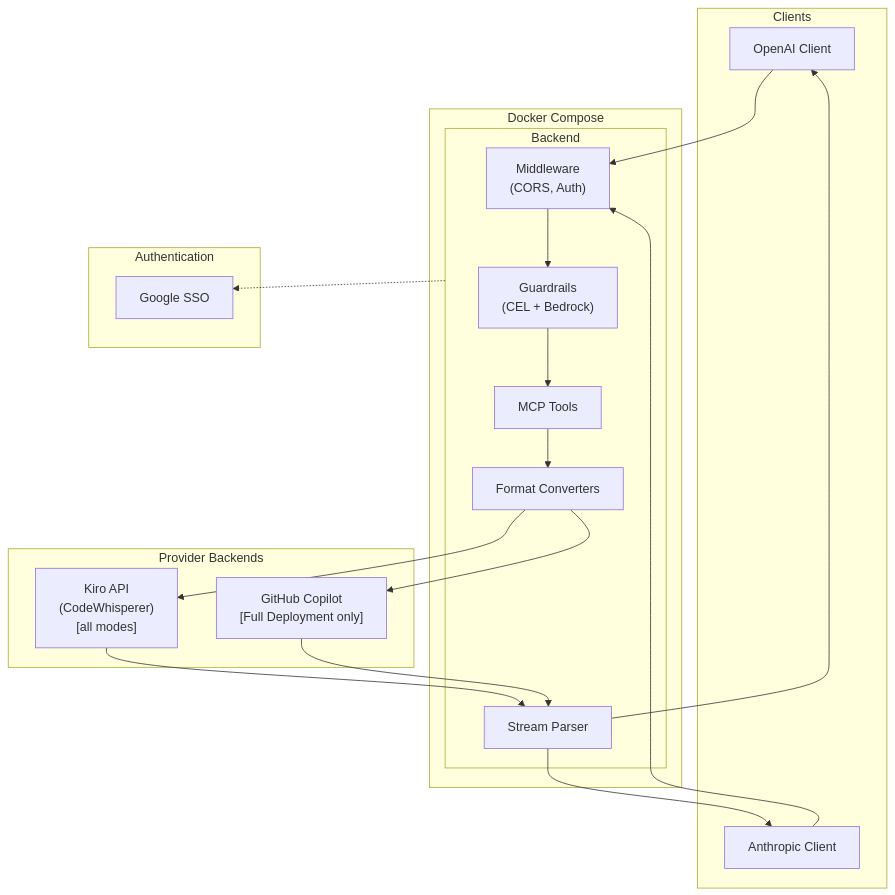
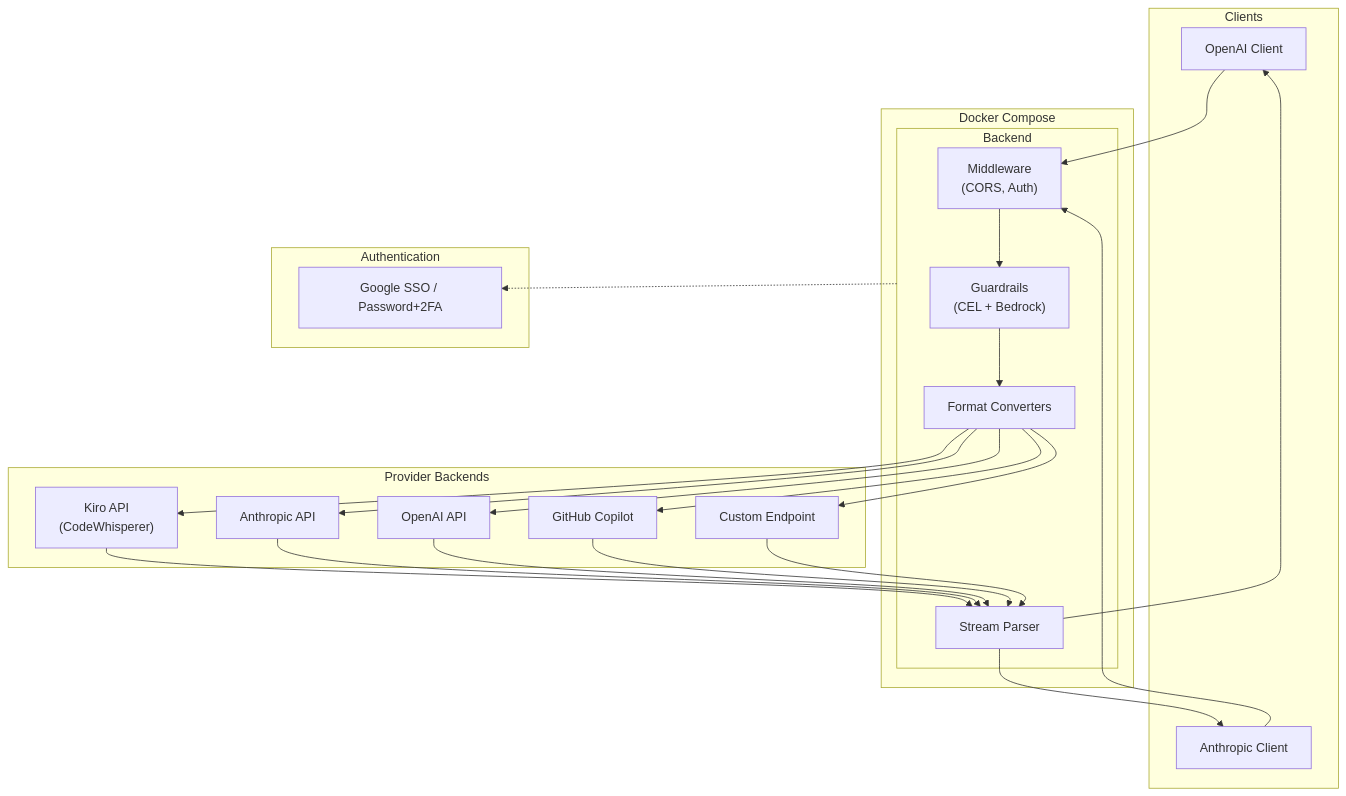
The diagram in gh-pages/index.md (if414013/harbangan), drawn with Mermaid before and after one commit. The commit also changed other lines of this file and 12 other files, not shown here.

First line of the commit message:
docs: full documentation refresh across all targets (#187)

````diff
--- a/gh-pages/index.md
+++ b/gh-pages/index.md
@@ -45,39 +45,46 @@
 ```mermaid
 flowchart TD
     subgraph Clients
         OAI["OpenAI Client"]
         ANT["Anthropic Client"]
     end
 
     subgraph Docker["Docker Compose"]
         subgraph GW["Backend"]
             MW["Middleware\n(CORS, Auth)"]
             GUARD["Guardrails\n(CEL + Bedrock)"]
-            MCP_INJ["MCP Tools"]
             CONV["Format Converters"]
             STREAM["Stream Parser"]
         end
     end
 
     subgraph Providers["Provider Backends"]
-        KIRO["Kiro API\n(CodeWhisperer)\n[all modes]"]
-        COPILOT["GitHub Copilot\n[Full Deployment only]"]
+        KIRO["Kiro API\n(CodeWhisperer)"]
+        ANTHROPIC["Anthropic API"]
+        OPENAI["OpenAI API"]
+        COPILOT["GitHub Copilot"]
+        CUSTOM["Custom Endpoint"]
     end
 
     subgraph Auth["Authentication"]
-        SSO["Google SSO"]
+        SSO["Google SSO / Password+2FA"]
     end
 
     OAI --> MW
     ANT --> MW
     MW --> GUARD
-    GUARD --> MCP_INJ
-    MCP_INJ --> CONV
+    GUARD --> CONV
     CONV --> KIRO
+    CONV --> ANTHROPIC
+    CONV --> OPENAI
     CONV --> COPILOT
+    CONV --> CUSTOM
     KIRO --> STREAM
+    ANTHROPIC --> STREAM
+    OPENAI --> STREAM
     COPILOT --> STREAM
+    CUSTOM --> STREAM
     STREAM --> OAI
     STREAM --> ANT
     GW -.-> SSO
 ```
````
